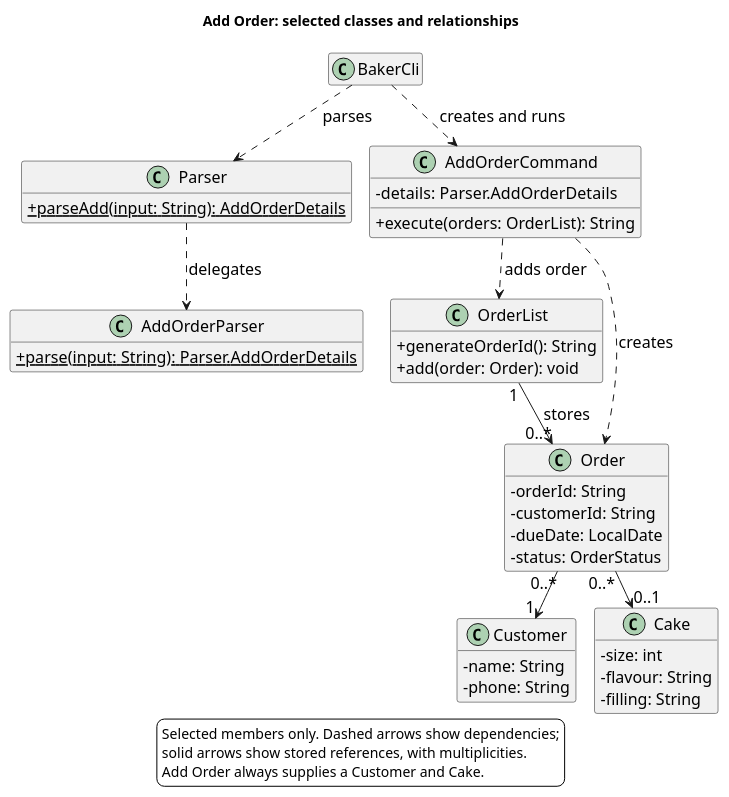
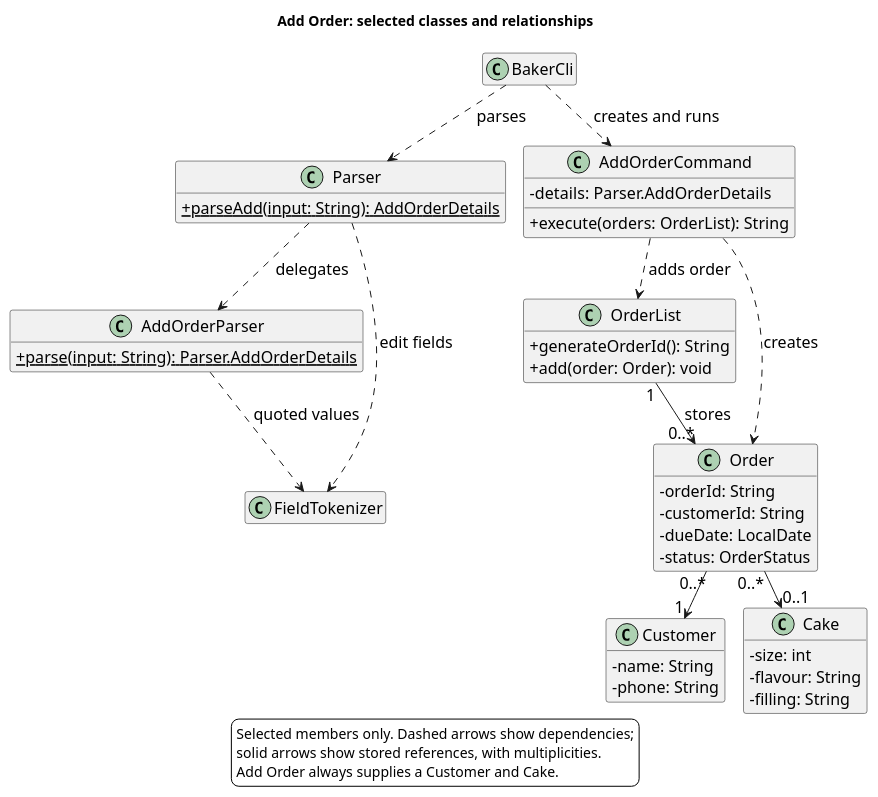
The diagram in docs/diagrams/add-order-class.puml (AY2627S1-CS2113-W12-1/tp), drawn with PlantUML before and after one commit. The commit also changed 11 other files, not shown here.

First line of the commit message:
Support quoted order fields

```diff
--- a/docs/diagrams/add-order-class.puml
+++ b/docs/diagrams/add-order-class.puml
@@ -1,57 +1,61 @@
 @startuml
 ' Author: Eethanzyj
 !pragma layout smetana
 title Add Order: selected classes and relationships
 skinparam backgroundColor white
 skinparam defaultFontName SansSerif
 skinparam defaultFontSize 16
 skinparam classAttributeIconSize 0
 hide empty members
 
 class BakerCli {
 }
 class Parser {
   {static} + parseAdd(input: String): AddOrderDetails
 }
 class AddOrderParser {
   {static} + parse(input: String): Parser.AddOrderDetails
+}
+class FieldTokenizer {
 }
 class OrderList {
   + generateOrderId(): String
   + add(order: Order): void
 }
 class AddOrderCommand {
   - details: Parser.AddOrderDetails
   + execute(orders: OrderList): String
 }
 class Order {
   - orderId: String
   - customerId: String
   - dueDate: LocalDate
   - status: OrderStatus
 }
 class Customer {
   - name: String
   - phone: String
 }
 class Cake {
   - size: int
   - flavour: String
   - filling: String
 }
 
 BakerCli ..> Parser : parses
 Parser ..> AddOrderParser : delegates
+Parser ..> FieldTokenizer : edit fields
+AddOrderParser ..> FieldTokenizer : quoted values
 BakerCli ..> AddOrderCommand : creates and runs
 AddOrderCommand ..> OrderList : adds order
 AddOrderCommand ..> Order : creates
 OrderList "1" --> "0..*" Order : stores
 Order "0..*" --> "1" Customer
 Order "0..*" --> "0..1" Cake
 
 legend bottom
   Selected members only. Dashed arrows show dependencies;
   solid arrows show stored references, with multiplicities.
   Add Order always supplies a Customer and Cake.
 endlegend
 @enduml
```
